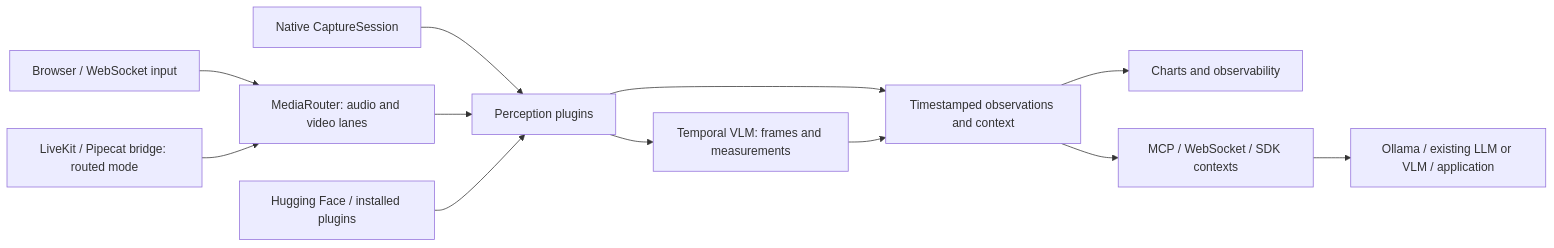
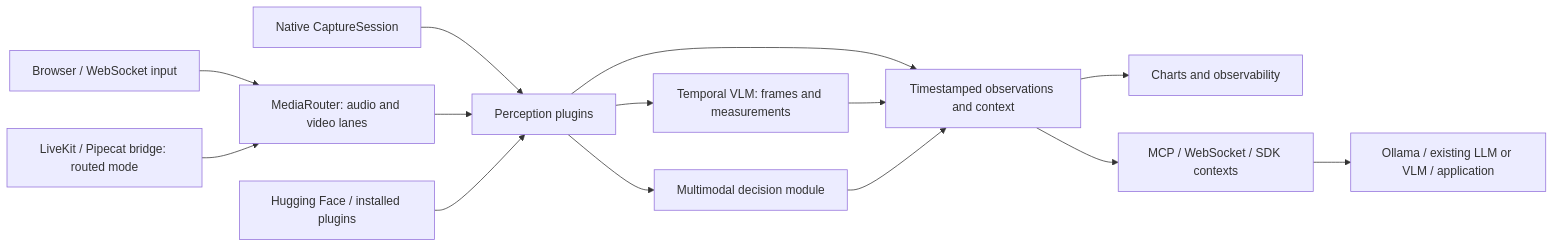
Before and after one commit to NomaDamas/Gamst: the diagram in docs/streaming-and-plugins.md, drawn with Mermaid. The commit also changed other lines of this file and 6 other files, not shown here.

Commit message:
Add internal multimodal decision perception module

````diff
--- a/docs/streaming-and-plugins.md
+++ b/docs/streaming-and-plugins.md
@@ -7,14 +8,16 @@
 ```mermaid
 flowchart LR
     B[Browser / WebSocket input] --> R[MediaRouter: audio and video lanes]
     K[LiveKit / Pipecat bridge: routed mode] --> R
     N[Native CaptureSession] --> P[Perception plugins]
     R --> P
     H[Hugging Face / installed plugins] --> P
     P --> C[Timestamped observations and context]
     P --> V[Temporal VLM: frames and measurements]
     V --> C
+    P --> M[Multimodal decision module]
+    M --> C
     C --> D[Charts and observability]
     C --> O[MCP / WebSocket / SDK contexts]
     O --> L[Ollama / existing LLM or VLM / application]
 ```
````
